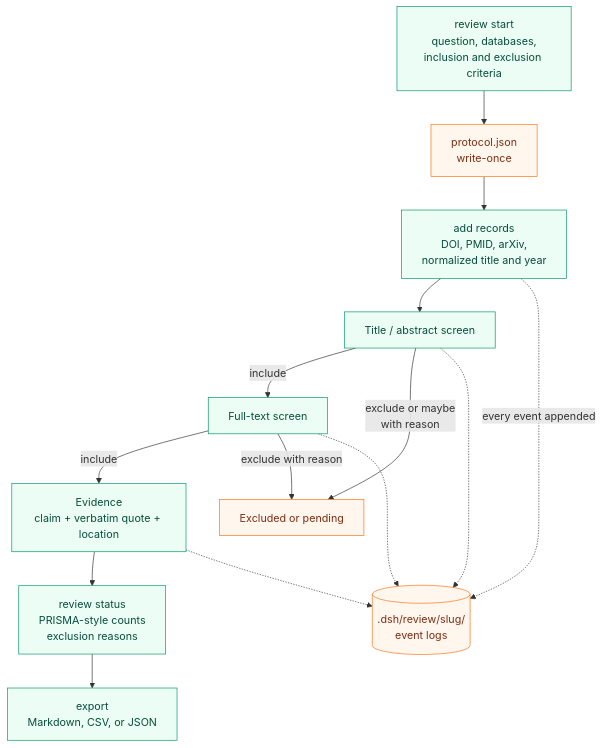
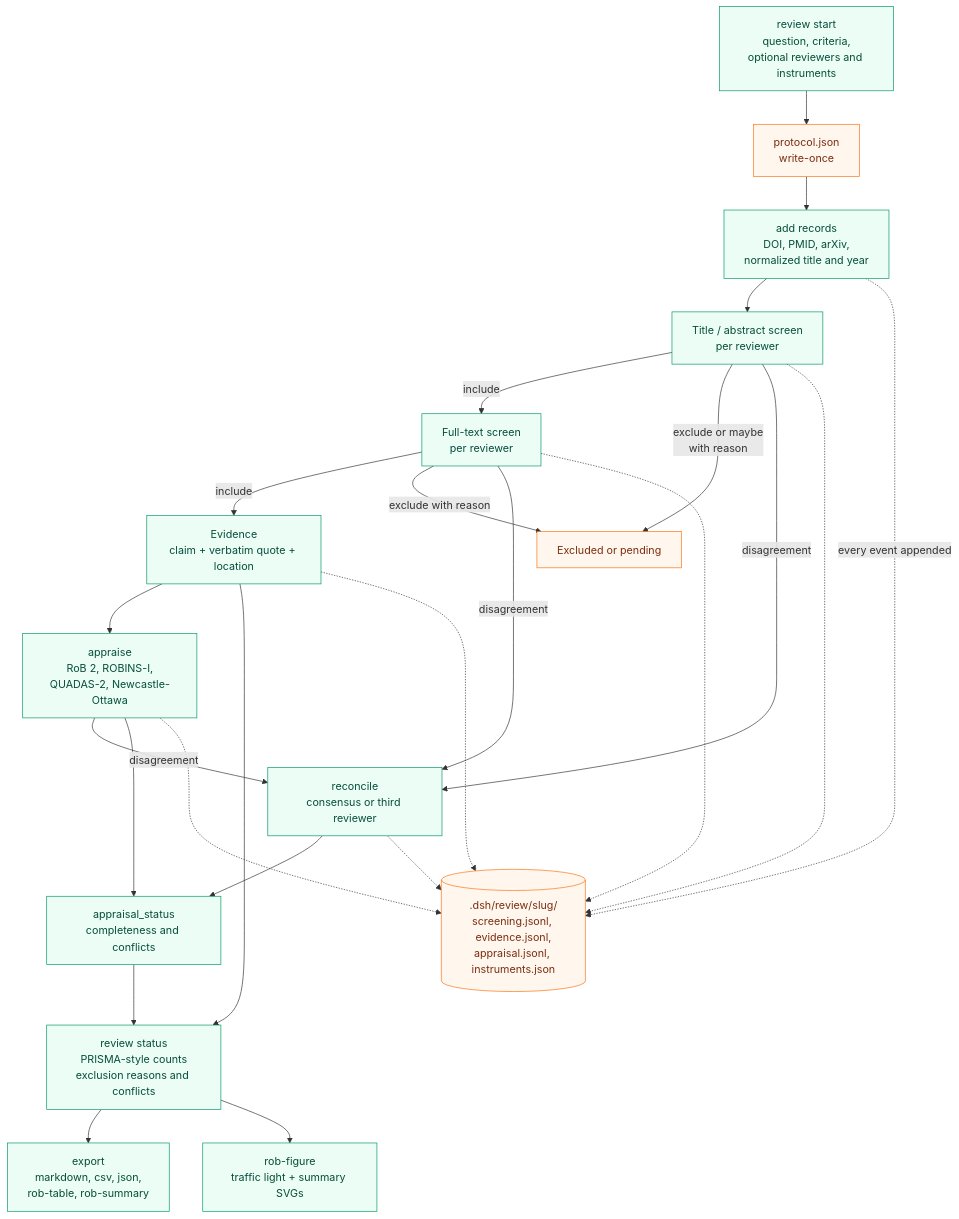
The diagram in docs/diagrams/review-ledger.mmd (raktim-mondol/academic-harness), drawn with Mermaid before and after one commit. The commit also changed 41 other files, not shown here.

```diff
--- a/docs/diagrams/review-ledger.mmd
+++ b/docs/diagrams/review-ledger.mmd
@@ -1,20 +1,30 @@
 flowchart TD
-  start[review start<br/>question, databases,<br/>inclusion and exclusion criteria] --> protocol[protocol.json<br/>write-once]
+  start[review start<br/>question, criteria,<br/>optional reviewers and instruments] --> protocol[protocol.json<br/>write-once]
   protocol --> add[add records<br/>DOI, PMID, arXiv,<br/>normalized title and year]
-  add --> screen1[Title / abstract screen]
-  screen1 -->|include| screen2[Full-text screen]
+  add --> screen1[Title / abstract screen<br/>per reviewer]
+  screen1 -->|include| screen2[Full-text screen<br/>per reviewer]
   screen1 -->|exclude or maybe<br/>with reason| excluded[Excluded or pending]
   screen2 -->|include| evidence[Evidence<br/>claim + verbatim quote + location]
   screen2 -->|exclude with reason| excluded
-  evidence --> status[review status<br/>PRISMA-style counts<br/>exclusion reasons]
-  status --> export[export<br/>Markdown, CSV, or JSON]
+  screen1 -->|disagreement| reconcile[reconcile<br/>consensus or third reviewer]
+  screen2 -->|disagreement| reconcile
+  evidence --> appraise[appraise<br/>RoB 2, ROBINS-I,<br/>QUADAS-2, Newcastle-Ottawa]
+  appraise -->|disagreement| reconcile
+  appraise --> appraisalStatus[appraisal_status<br/>completeness and conflicts]
+  reconcile --> appraisalStatus
+  evidence --> status[review status<br/>PRISMA-style counts<br/>exclusion reasons and conflicts]
+  appraisalStatus --> status
+  status --> export[export<br/>markdown, csv, json,<br/>rob-table, rob-summary]
+  status --> figure[rob-figure<br/>traffic light + summary SVGs]
 
-  add -. every event appended .-> log[(.dsh/review/slug/<br/>event logs)]
+  add -. every event appended .-> log[(.dsh/review/slug/<br/>screening.jsonl, evidence.jsonl,<br/>appraisal.jsonl, instruments.json)]
   screen1 -.-> log
   screen2 -.-> log
   evidence -.-> log
+  appraise -.-> log
+  reconcile -.-> log
 
   classDef step fill:#ecfdf5,stroke:#059669,color:#064e3b
   classDef store fill:#fff7ed,stroke:#f97316,color:#7c2d12
-  class start,add,screen1,screen2,evidence,status,export step
+  class start,add,screen1,screen2,evidence,appraise,appraisalStatus,status,export,figure,reconcile step
   class protocol,log,excluded store
```
